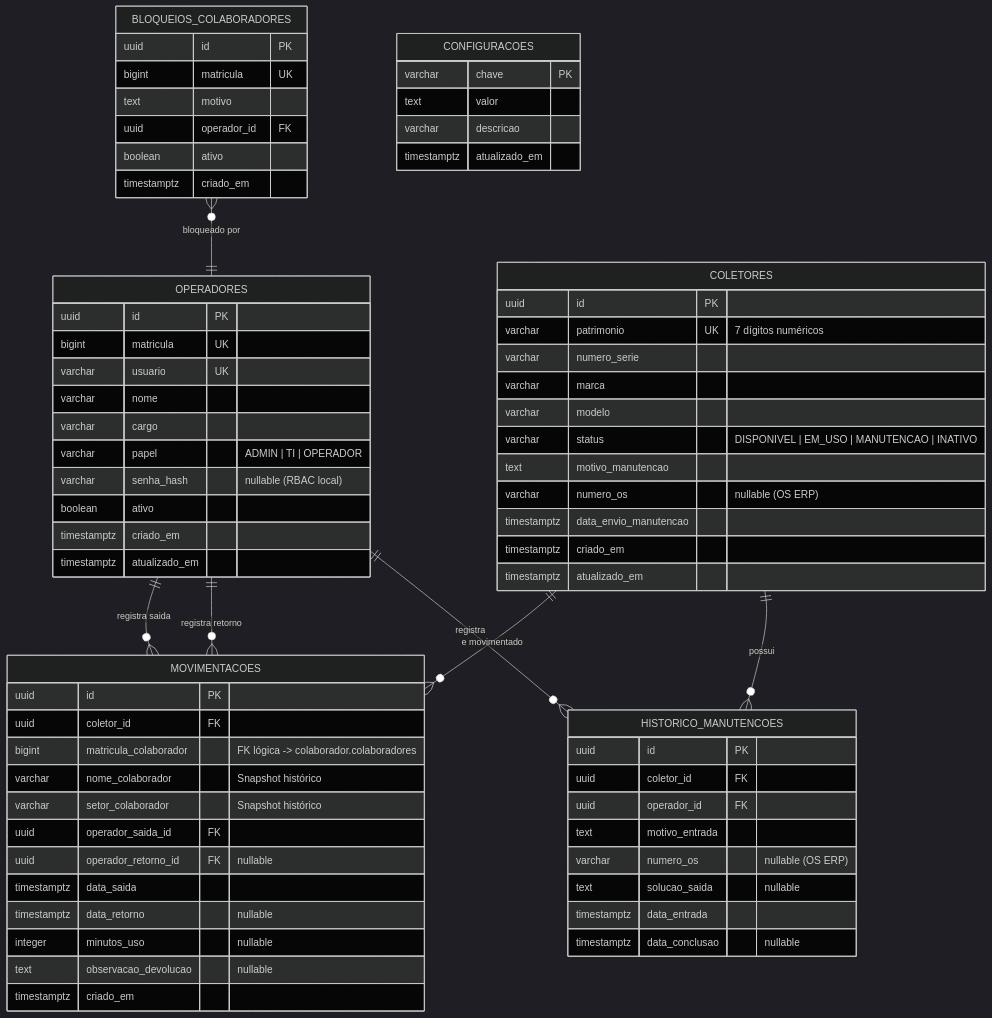
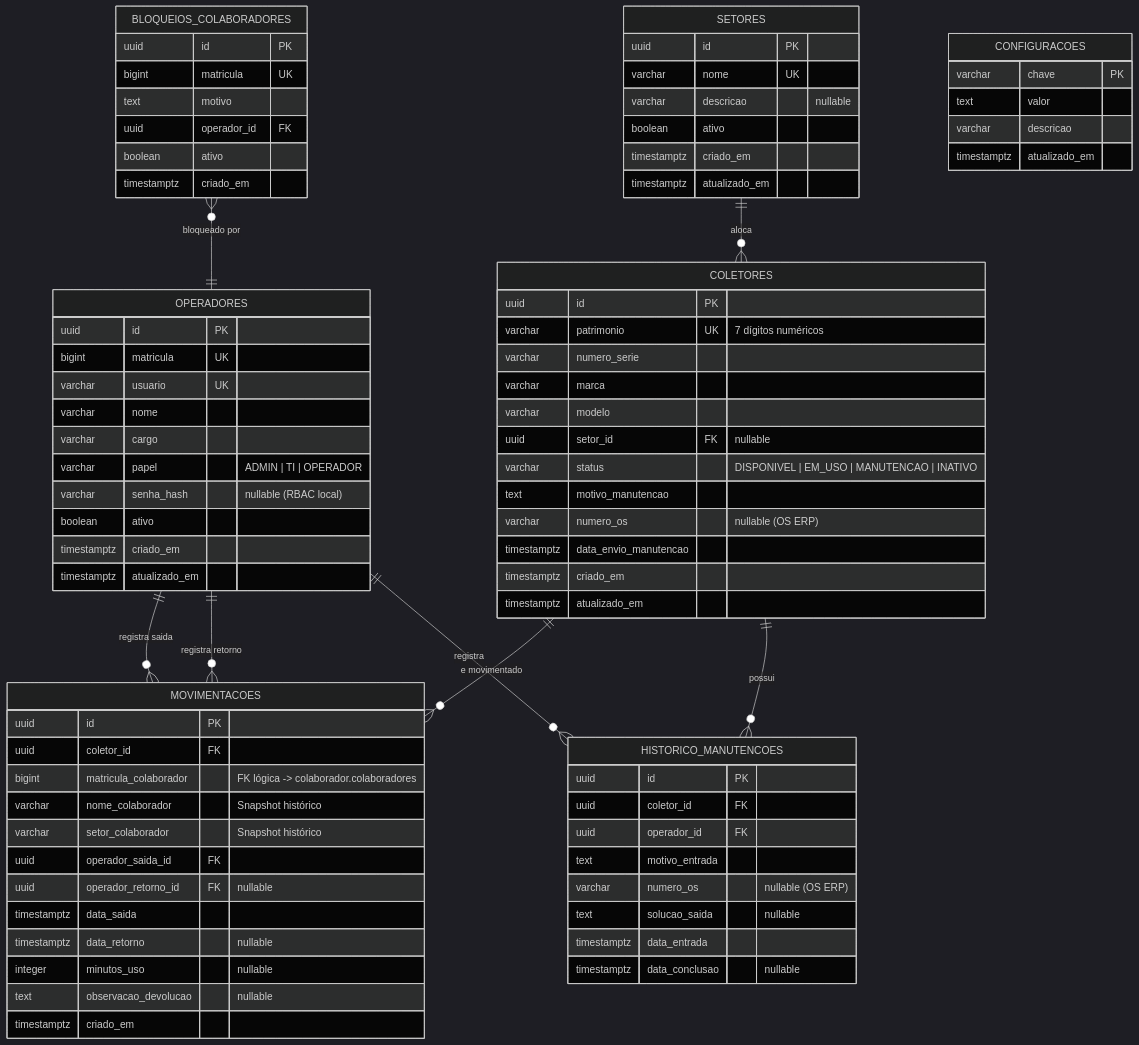
One commit to AugustoBerto/gerenciamento_coletores changed the diagram in docs/03-modelagem-banco-dados.md. Above: the diagram before and after it, drawn with Mermaid (dark theme). The commit also changed other lines of this file and 14 other files, not shown here.

Commit message:
feat: gestao de setores de localizacao fabril e reativacao de coletores por TI e Admin

````diff
--- a/docs/03-modelagem-banco-dados.md
+++ b/docs/03-modelagem-banco-dados.md
@@ -19,11 +19,21 @@
 ```mermaid
 erDiagram
+    SETORES ||--o{ COLETORES : "aloca"
     OPERADORES ||--o{ MOVIMENTACOES : "registra saida"
     OPERADORES ||--o{ MOVIMENTACOES : "registra retorno"
     COLETORES ||--o{ MOVIMENTACOES : "e movimentado"
     COLETORES ||--o{ HISTORICO_MANUTENCOES : "possui"
     OPERADORES ||--o{ HISTORICO_MANUTENCOES : "registra"
     BLOQUEIOS_COLABORADORES }o--|| OPERADORES : "bloqueado por"
+
+    SETORES {
+        uuid id PK
+        varchar nome UK
+        varchar descricao "nullable"
+        boolean ativo
+        timestamptz criado_em
+        timestamptz atualizado_em
+    }
 
     OPERADORES {
         uuid id PK
@@ -44,6 +54,7 @@
         varchar numero_serie
         varchar marca
         varchar modelo
+        uuid setor_id FK "nullable"
         varchar status "DISPONIVEL | EM_USO | MANUTENCAO | INATIVO"
         text motivo_manutencao
         varchar numero_os "nullable (OS ERP)"
````
